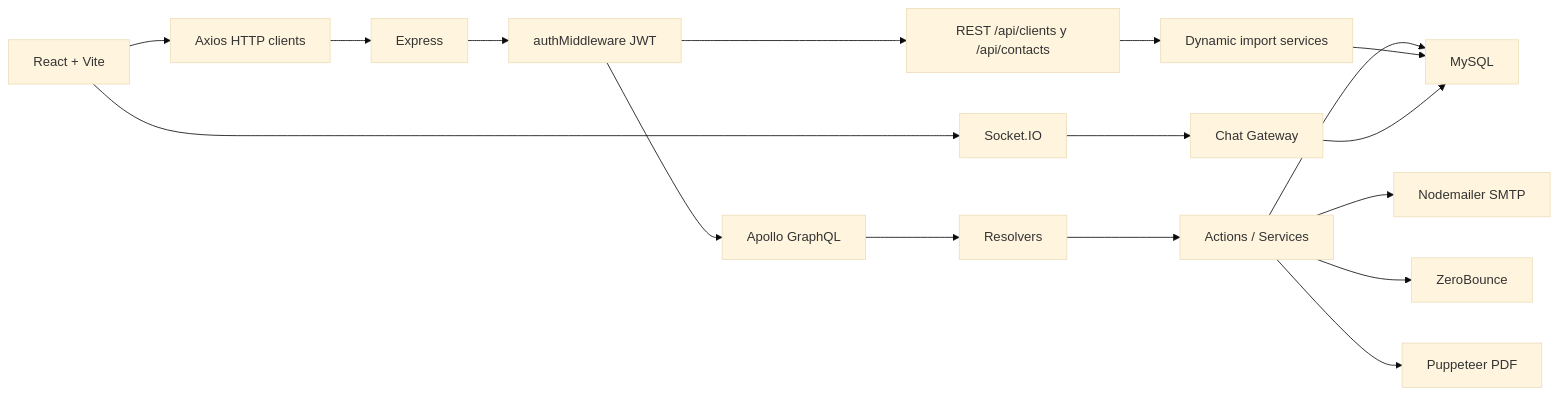
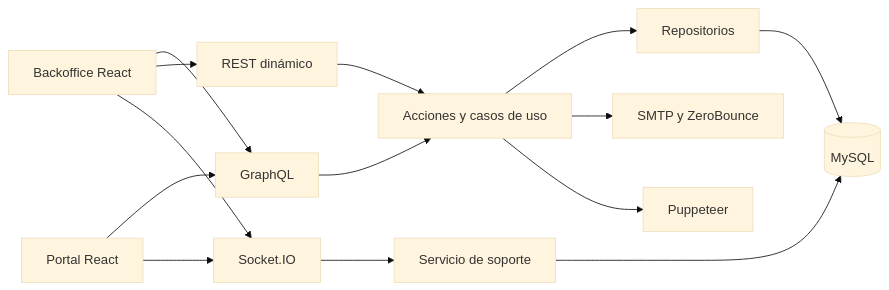
The first of 3 diagrams in docs/MANUAL_COMPLETO.md (Eduardo282/business-control), drawn with Mermaid (base theme) before and after one commit. The commit also changed other lines of this file and 11 other files, not shown here.

````diff
--- a/docs/MANUAL_COMPLETO.md
+++ b/docs/MANUAL_COMPLETO.md
@@ -22,19 +71,16 @@
 ```mermaid
 flowchart LR
-  UI["React + Vite"] --> API["Axios HTTP clients"]
-  API --> EX["Express"]
-  EX --> AUTH["authMiddleware JWT"]
-  AUTH --> GQL["Apollo GraphQL"]
-  AUTH --> REST["REST /api/clients y /api/contacts"]
-  GQL --> RES["Resolvers"]
-  RES --> ACT["Actions / Services"]
-  REST --> SVC["Dynamic import services"]
-  ACT --> DB["MySQL"]
-  SVC --> DB
-  ACT --> SMTP["Nodemailer SMTP"]
-  ACT --> ZB["ZeroBounce"]
-  ACT --> PDF["Puppeteer PDF"]
-  UI --> WS["Socket.IO"]
-  WS --> CHAT["Chat Gateway"]
+  BO[Backoffice React] --> GQL[GraphQL]
+  PORTAL[Portal React] --> GQL
+  BO --> REST[REST dinámico]
+  PORTAL --> WS[Socket.IO]
+  BO --> WS
+  GQL --> USE[Acciones y casos de uso]
+  REST --> USE
+  USE --> REPO[Repositorios]
+  REPO --> DB[(MySQL)]
+  USE --> MAIL[SMTP y ZeroBounce]
+  USE --> PDF[Puppeteer]
+  WS --> CHAT[Servicio de soporte]
   CHAT --> DB
 ```
````
